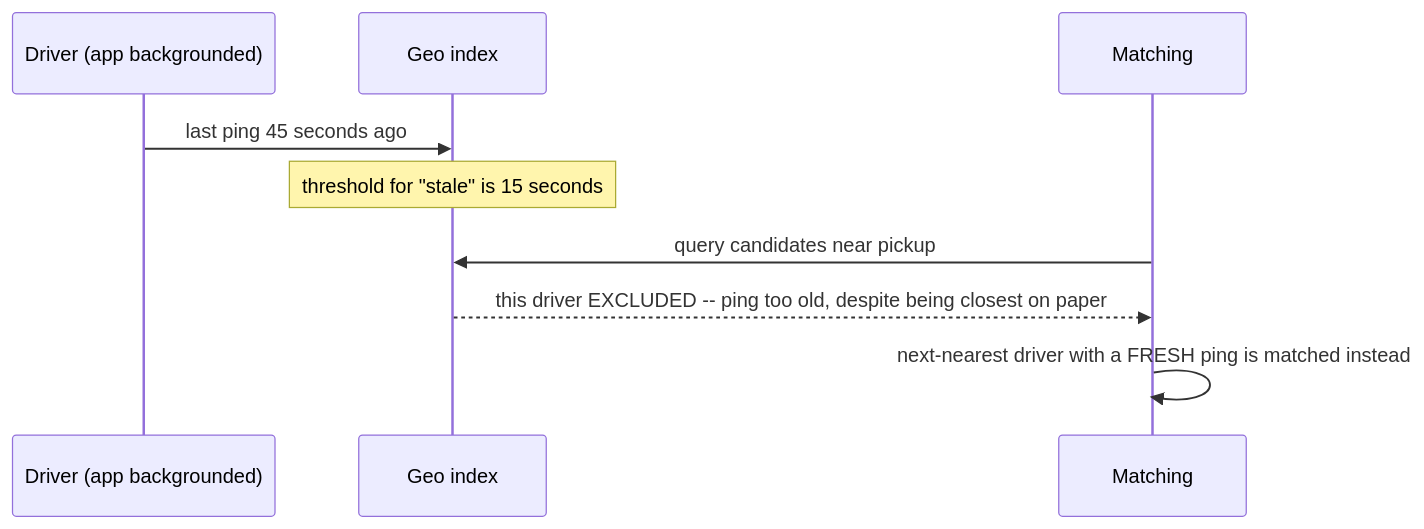
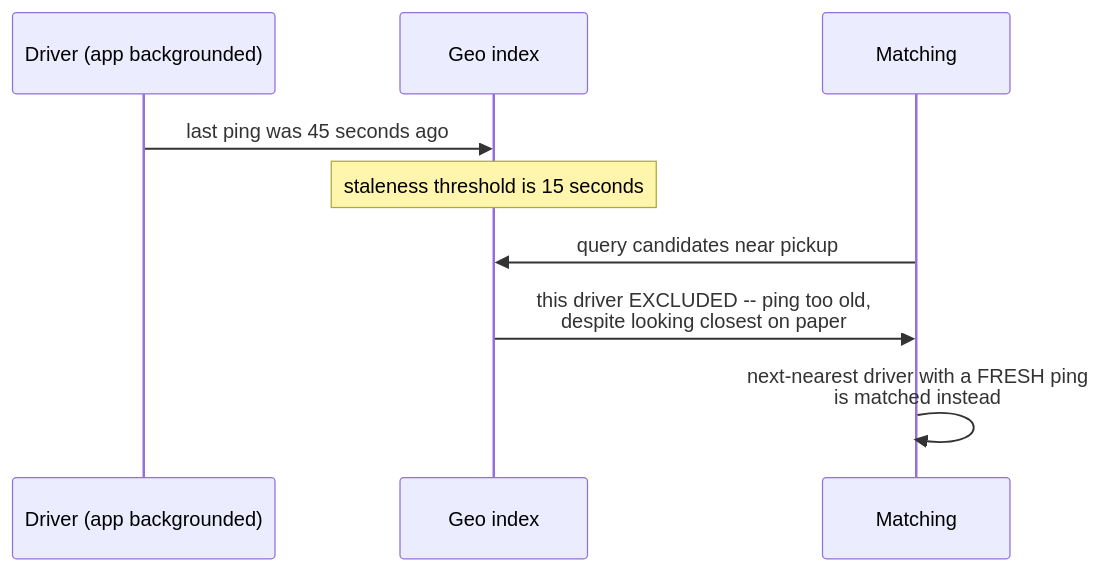
Before and after one commit to riyaz-pasha/Learnings: the seventh of 11 diagrams in system-design/HLD/0-course/62-Design-Ubers-Driver-Dispatch-System-FAANG-Guide-story.md, drawn with Mermaid. The commit also changed other lines of this file and 1 other file, not shown here.

Commit message:
[REWRITE] Uber Driver Dispatch System story guide: simplify prose, add structure, fix diagrams

````diff
--- a/system-design/HLD/0-course/62-Design-Ubers-Driver-Dispatch-System-FAANG-Guide-story.md
+++ b/system-design/HLD/0-course/62-Design-Ubers-Driver-Dispatch-System-FAANG-Guide-story.md
@@ -322,12 +478,12 @@
 ```mermaid
 sequenceDiagram
     participant D as Driver (app backgrounded)
     participant Idx as Geo index
     participant M as Matching
 
-    D->>Idx: last ping 45 seconds ago
-    Note over Idx: threshold for "stale" is 15 seconds
+    D->>Idx: last ping was 45 seconds ago
+    Note over Idx: staleness threshold is 15 seconds
     M->>Idx: query candidates near pickup
-    Idx-->>M: this driver EXCLUDED -- ping too old, despite being closest on paper
-    M->>M: next-nearest driver with a FRESH ping is matched instead
+    Idx->>M: this driver EXCLUDED -- ping too old,<br/>despite looking closest on paper
+    M->>M: next-nearest driver with a FRESH ping<br/>is matched instead
 ```
````
